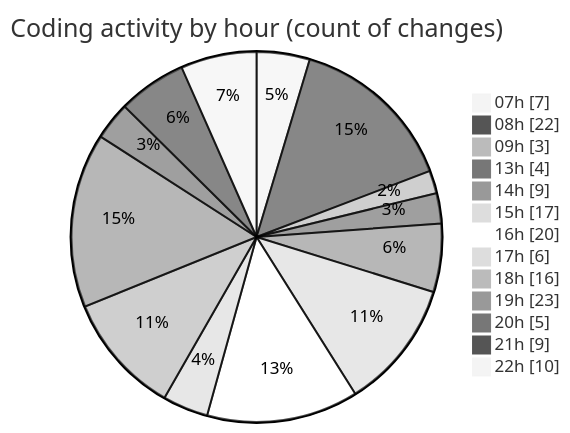
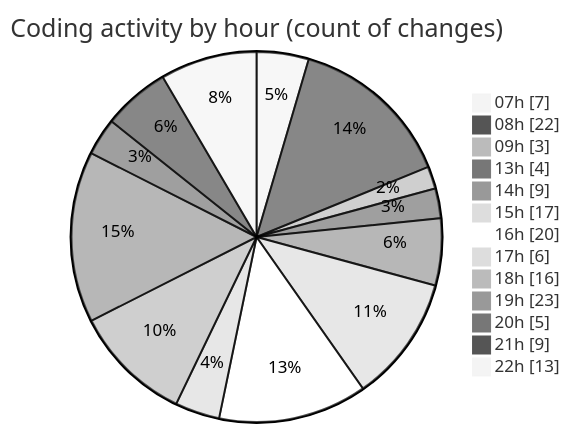
The second of 2 diagrams in 2025-05-04/niten/README.md (Elitesun/code-tracking), drawn with Mermaid (neutral theme) before and after one commit. The commit also changed other lines of this file and 1 other file, not shown here.

````diff
--- a/2025-05-04/niten/README.md
+++ b/2025-05-04/niten/README.md
@@ -68,17 +68,17 @@
 ```mermaid
 pie showData
 title Coding activity by hour (count of changes)
 "07h" : 7
 "08h" : 22
 "09h" : 3
 "13h" : 4
 "14h" : 9
 "15h" : 17
 "16h" : 20
 "17h" : 6
 "18h" : 16
 "19h" : 23
 "20h" : 5
 "21h" : 9
-"22h" : 10
+"22h" : 13
 ```
````
